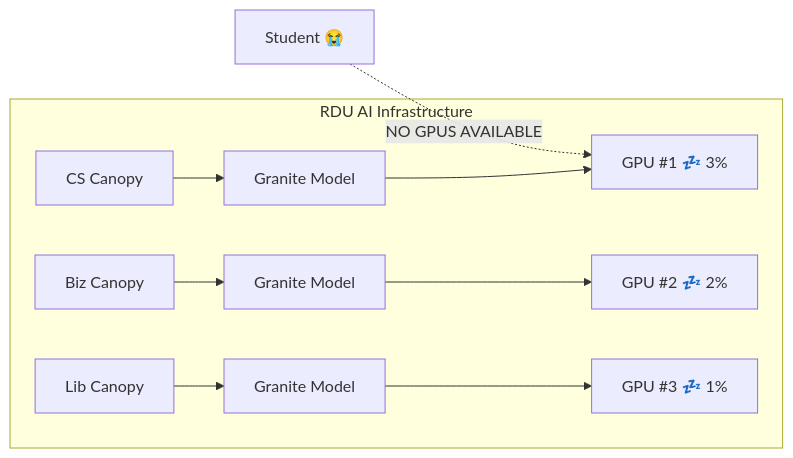
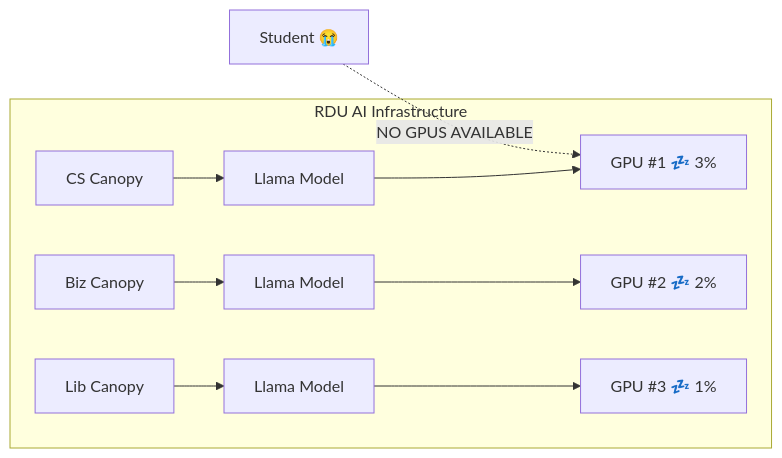
One commit to rhoai-genaiops/lab-instructions changed the first of 3 diagrams in docs/11-maas/1-understanding-maas.md. Above: the diagram before and after it, drawn with Mermaid. The commit also changed other lines of this file and 26 other files, not shown here.

````diff
--- a/docs/11-maas/1-understanding-maas.md
+++ b/docs/11-maas/1-understanding-maas.md
@@ -19,9 +19,9 @@
 ```mermaid
 flowchart LR
     subgraph RDU AI Infrastructure
-        CS[CS Canopy] --> G1[Granite Model] --> GPU1["GPU #1 💤 3%"]
-        BIZ[Biz Canopy] --> G2[Granite Model] --> GPU2["GPU #2 💤 2%"]
-        LIB[Lib Canopy] --> G3[Granite Model] --> GPU3["GPU #3 💤 1%"]
+        CS[CS Canopy] --> G1[Llama Model] --> GPU1["GPU #1 💤 3%"]
+        BIZ[Biz Canopy] --> G2[Llama Model] --> GPU2["GPU #2 💤 2%"]
+        LIB[Lib Canopy] --> G3[Llama Model] --> GPU3["GPU #3 💤 1%"]
     end
     STUDENT["Student 😭"] -. NO GPUS AVAILABLE .-> GPU1
 ```
````
